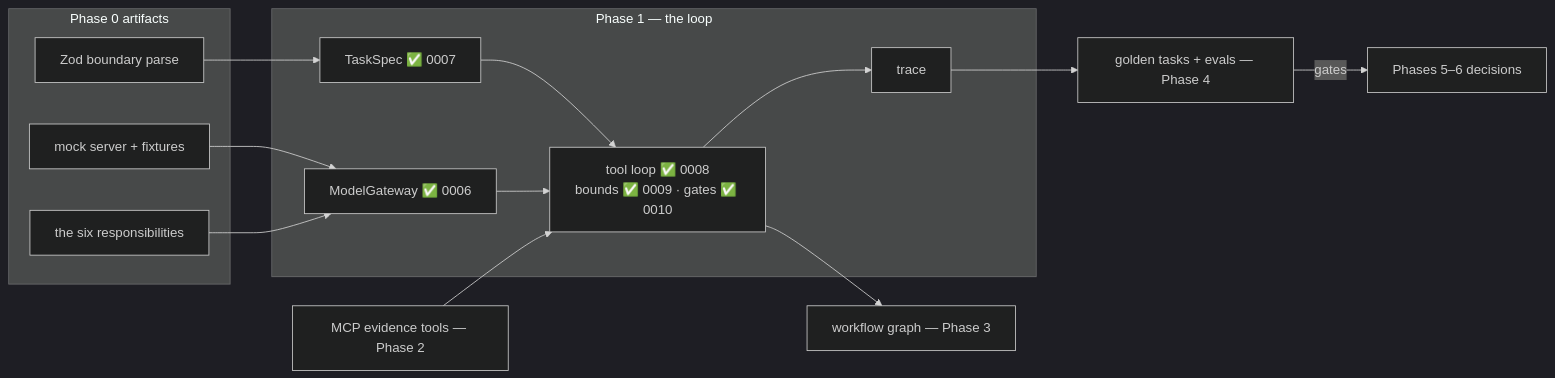
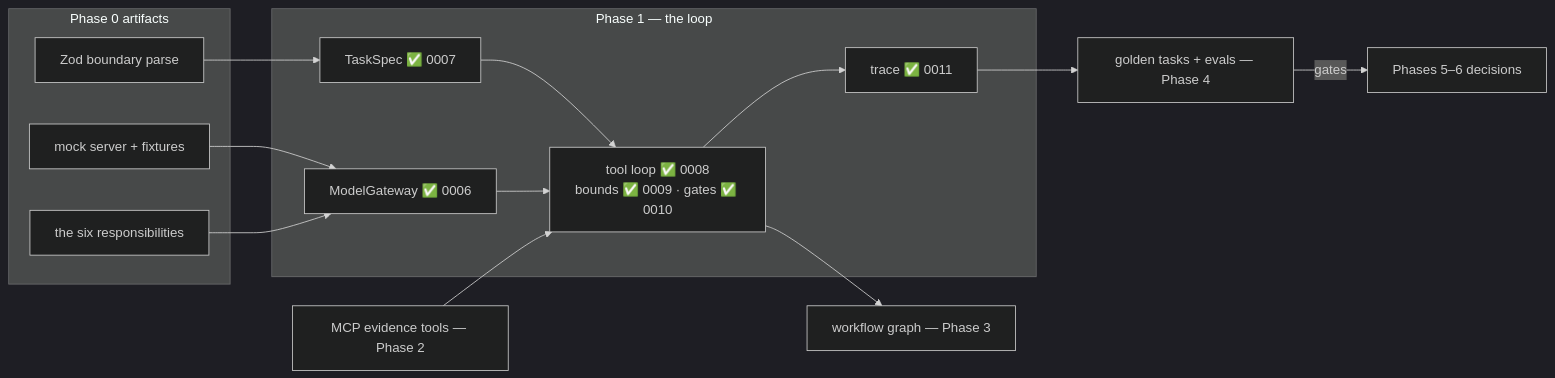
The fourth of 4 diagrams in wiki/course/course-module-graph.md (JozsefKiss90/TS), drawn with Mermaid (dark theme) before and after one commit. The commit also changed other lines of this file and 16 other files, not shown here.

````diff
--- a/wiki/course/course-module-graph.md
+++ b/wiki/course/course-module-graph.md
@@ -77,24 +77,24 @@
 ```mermaid
 flowchart LR
     subgraph PH0["Phase 0 artifacts"]
         MOCK["mock server + fixtures"]
         SIX["the six responsibilities"]
         ZOD["Zod boundary parse"]
     end
     subgraph PH1["Phase 1 — the loop"]
         GWY["ModelGateway ✅ 0006"]
         SPEC["TaskSpec ✅ 0007"]
         TLOOP["tool loop ✅ 0008<br/>bounds ✅ 0009 · gates ✅ 0010"]
-        TR["trace"]
+        TR["trace ✅ 0011"]
     end
     MOCK --> GWY
     SIX --> GWY
     ZOD --> SPEC
     SPEC --> TLOOP
     GWY --> TLOOP
     TLOOP --> TR
     EV["MCP evidence tools — Phase 2"] --> TLOOP
     TLOOP --> WG["workflow graph — Phase 3"]
     TR --> EVAL["golden tasks + evals — Phase 4"]
     EVAL -->|"gates"| P5P6["Phases 5–6 decisions"]
 ```
````
